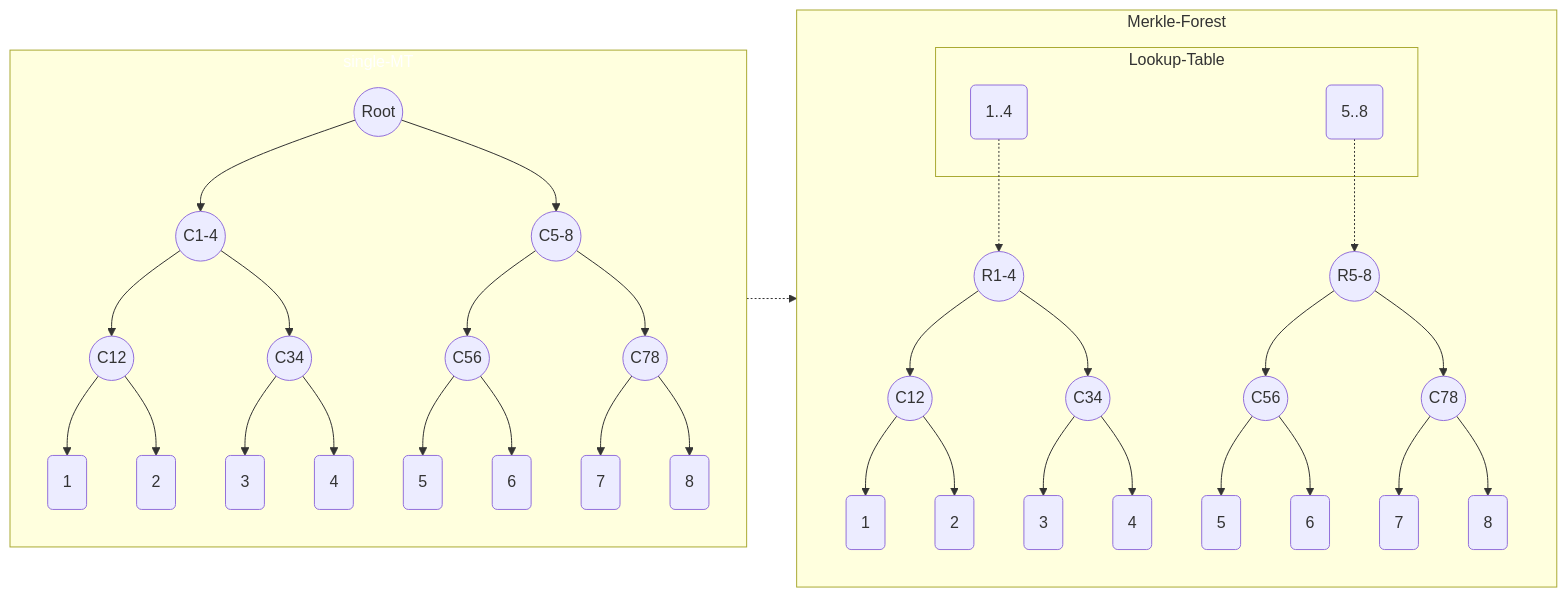
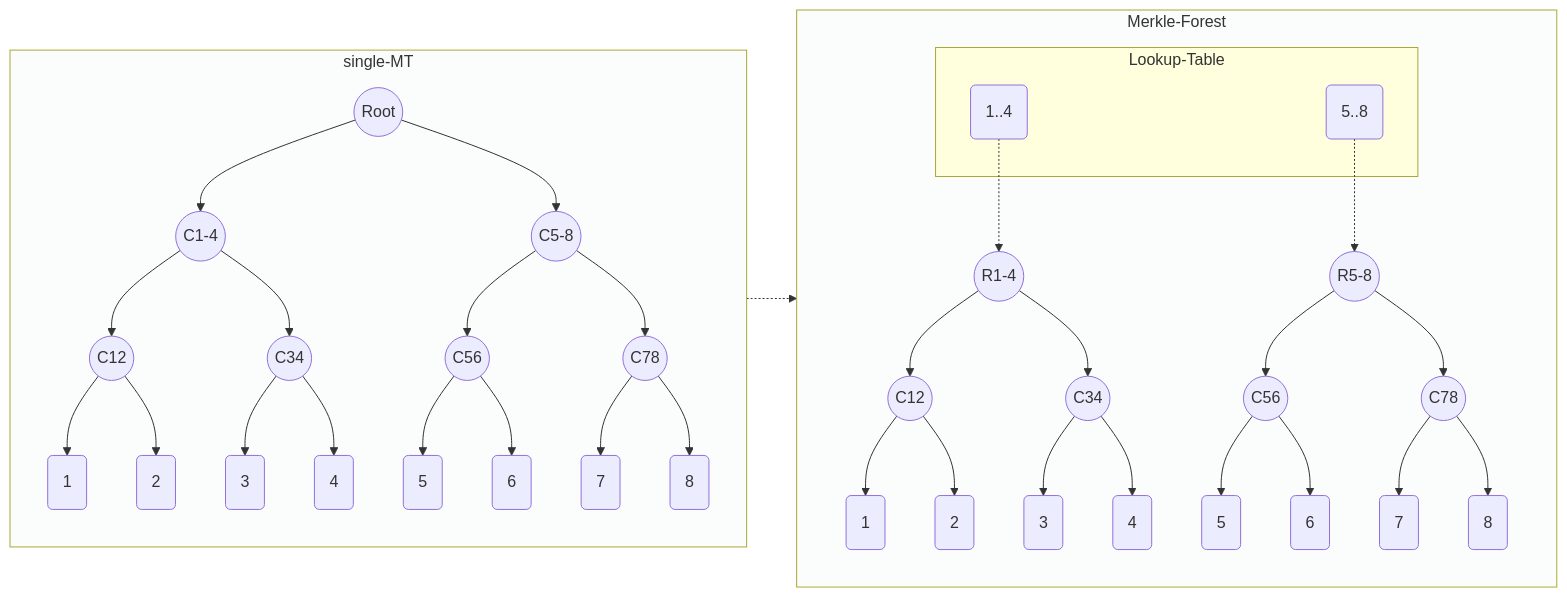
Before and after one commit to Poseidon-ZKP/merkle-forest: the diagram in README.md, drawn with Mermaid.

Commit message:
style white color

````diff
--- a/README.md
+++ b/README.md
@@ -29,31 +29,32 @@
 ```mermaid
     flowchart LR;
-        style single-MT color:#fff
+        style single-MT fill:#FBFCFC
+        style Merkle-Forest fill:#FBFCFC
         subgraph single-MT
             R((Root))-->C1234 & C5678;
             C1234((C1-4)) --> C12((C12)) & C34((C34));
             C5678((C5-8)) --> C56((C56)) & C78((C78));
             C12-->L1(1) & L2(2)
             C34-->L3(3) & L4(4)
             C56-->L5(5) & L6(6)
             C78-->L7(7) & L8(8)
         end
 
         subgraph Merkle-Forest
             subgraph Lookup-Table
                 LT1(1..4)
                 LT5(5..8)
             end
             LT1 -.-> FC1234;
             LT5 -.-> FC5678;
             FC1234((R1-4)) --> FC12((C12)) & FC34((C34));
             FC5678((R5-8)) --> FC56((C56)) & FC78((C78));
             FC12-->FL1(1) & FL2(2)
             FC34-->FL3(3) & FL4(4)
             FC56-->FL5(5) & FL6(6)
             FC78-->FL7(7) & FL8(8)
         end
 
         single-MT -.-> Merkle-Forest
 
 ```
````
